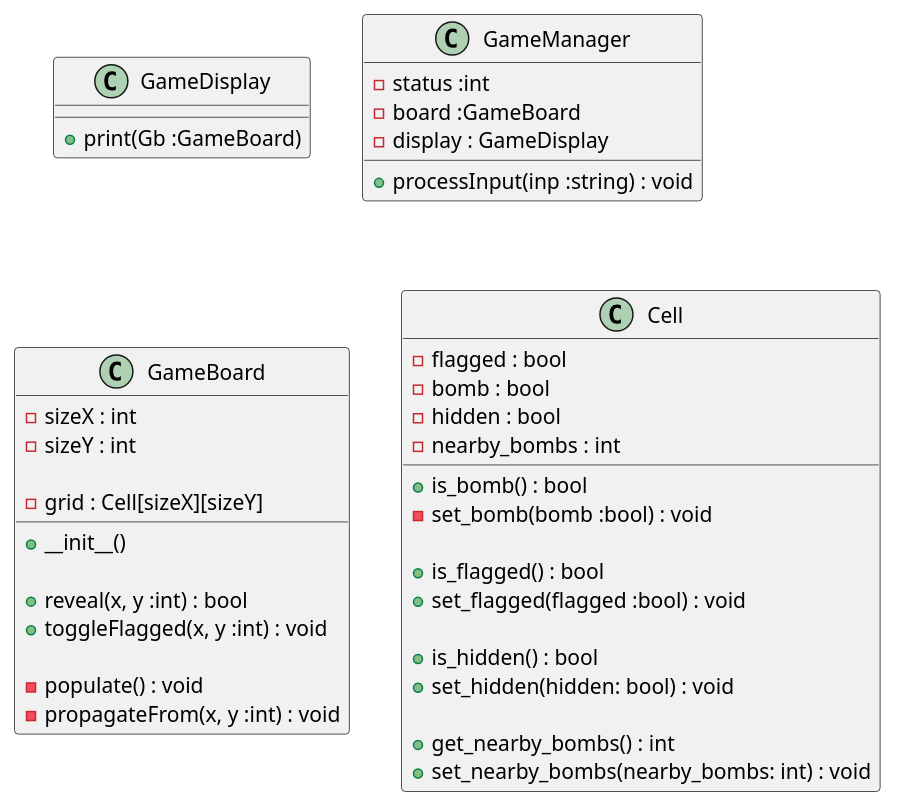
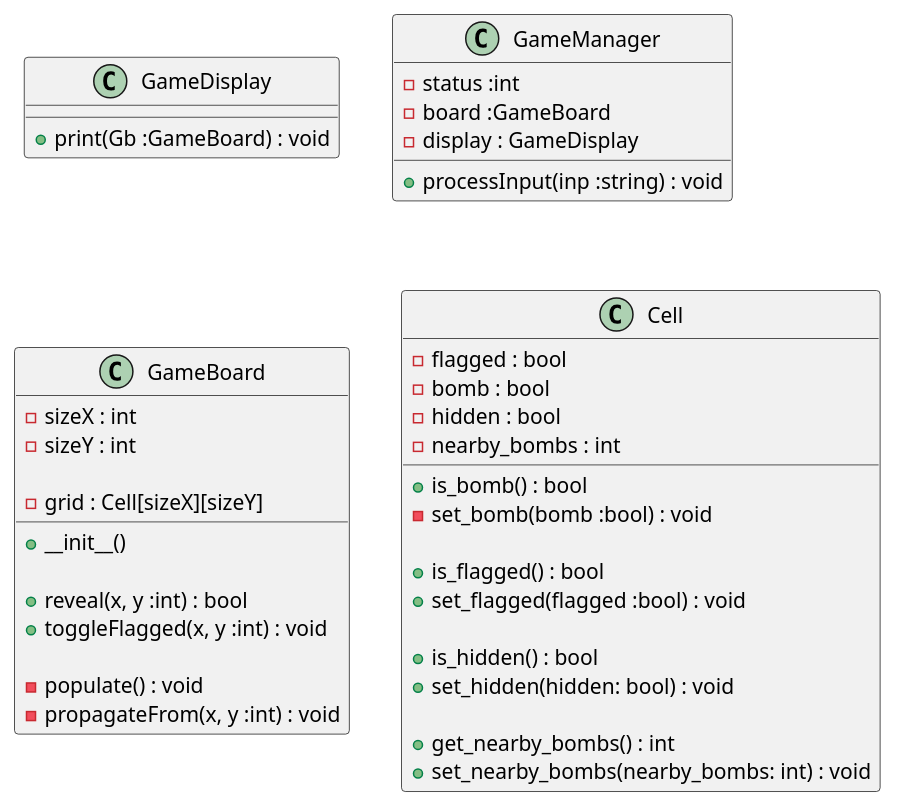
Before and after one commit to ifndev/demineur: the diagram in demineur.plantuml, drawn with PlantUML.

Commit message:
Added a void return type in the GameDisplay class in UML

```diff
--- a/demineur.plantuml
+++ b/demineur.plantuml
@@ -1,50 +1,50 @@
 @startuml
 class GameDisplay {
-    +print(Gb :GameBoard)
+    +print(Gb :GameBoard) : void
 }
 
 class GameManager {
     -status :int
     -board :GameBoard
     -display : GameDisplay
 
     +processInput(inp :string) : void
 }
 
 class GameBoard {
     -sizeX : int
     -sizeY : int
 
     -grid : Cell[sizeX][sizeY]
 
     +__init__()
 
     +reveal(x, y :int) : bool
     +toggleFlagged(x, y :int) : void
 
     -populate() : void
     -propagateFrom(x, y :int) : void
 
 }
 
 class Cell {
 
     -flagged : bool
     -bomb : bool
     -hidden : bool
     -nearby_bombs : int
 
     +is_bomb() : bool
     -set_bomb(bomb :bool) : void
 
     +is_flagged() : bool
     +set_flagged(flagged :bool) : void
 
     +is_hidden() : bool
     +set_hidden(hidden: bool) : void
 
     +get_nearby_bombs() : int
     +set_nearby_bombs(nearby_bombs: int) : void
 }
 
 @enduml
```
